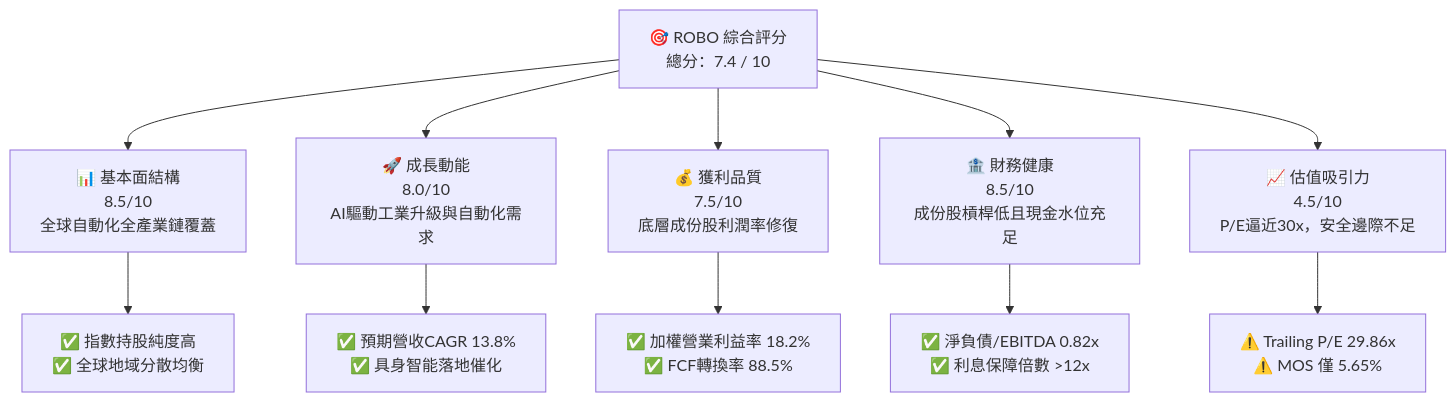
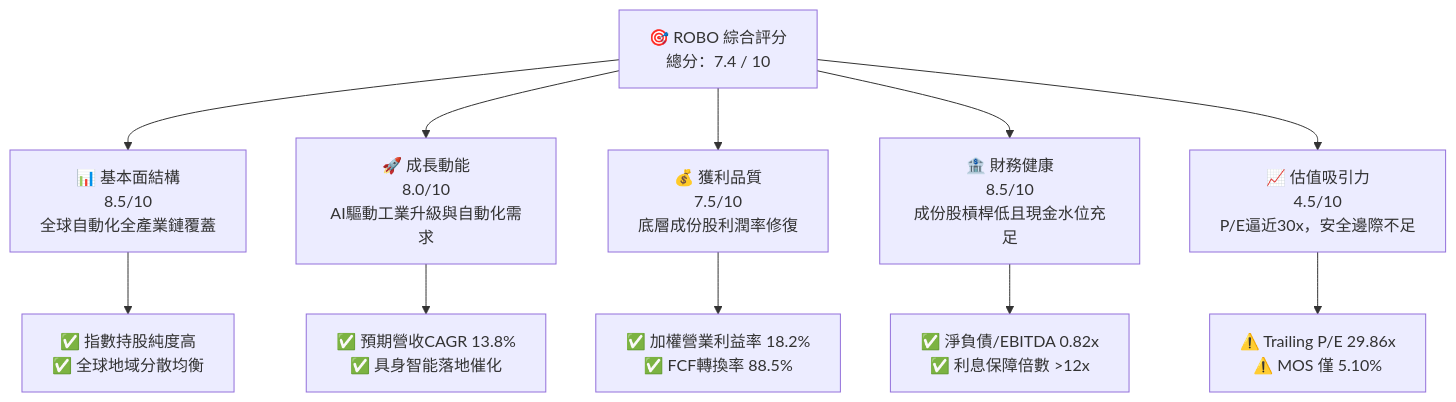
Before and after one commit to yennanliu/finance_data: the first of 14 diagrams in ai_gen_report/fundamental/robo/fundamental_analysis_2026-10-10_gemini.md, drawn with Mermaid. The commit also changed other lines of this file and 339 other files, not shown here.

````diff
--- a/ai_gen_report/fundamental/robo/fundamental_analysis_2026-10-10_gemini.md
+++ b/ai_gen_report/fundamental/robo/fundamental_analysis_2026-10-10_gemini.md
@@ -62,22 +69,22 @@
 ```mermaid
 graph TD
     TICKER["🎯 ROBO 綜合評分<br/>總分：7.4 / 10"]
 
     F["📊 基本面結構<br/>8.5/10<br/>全球自動化全產業鏈覆蓋"]
     G["🚀 成長動能<br/>8.0/10<br/>AI驅動工業升級與自動化需求"]
     P["💰 獲利品質<br/>7.5/10<br/>底層成份股利潤率修復"]
     B["🏦 財務健康<br/>8.5/10<br/>成份股槓桿低且現金水位充足"]
     V["📈 估值吸引力<br/>4.5/10<br/>P/E逼近30x，安全邊際不足"]
 
     TICKER --> F
     TICKER --> G
     TICKER --> P
     TICKER --> B
     TICKER --> V
 
     F --> F1["✅ 指數持股純度高<br/>✅ 全球地域分散均衡"]
     G --> G1["✅ 預期營收CAGR 13.8%<br/>✅ 具身智能落地催化"]
     P --> P1["✅ 加權營業利益率 18.2%<br/>✅ FCF轉換率 88.5%"]
     B --> B1["✅ 淨負債/EBITDA 0.82x<br/>✅ 利息保障倍數 >12x"]
-    V --> V1["⚠️ Trailing P/E 29.86x<br/>⚠️ MOS 僅 5.65%"]
+    V --> V1["⚠️ Trailing P/E 29.86x<br/>⚠️ MOS 僅 5.10%"]
 ```
````
